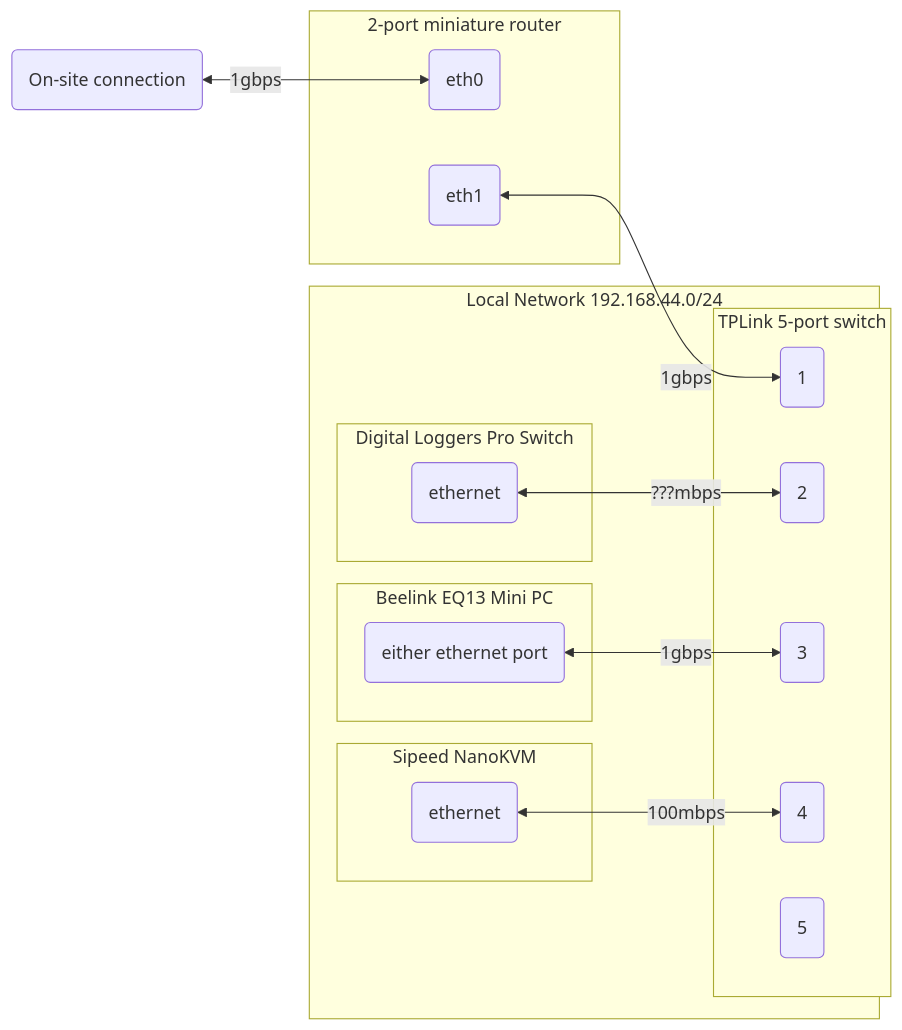
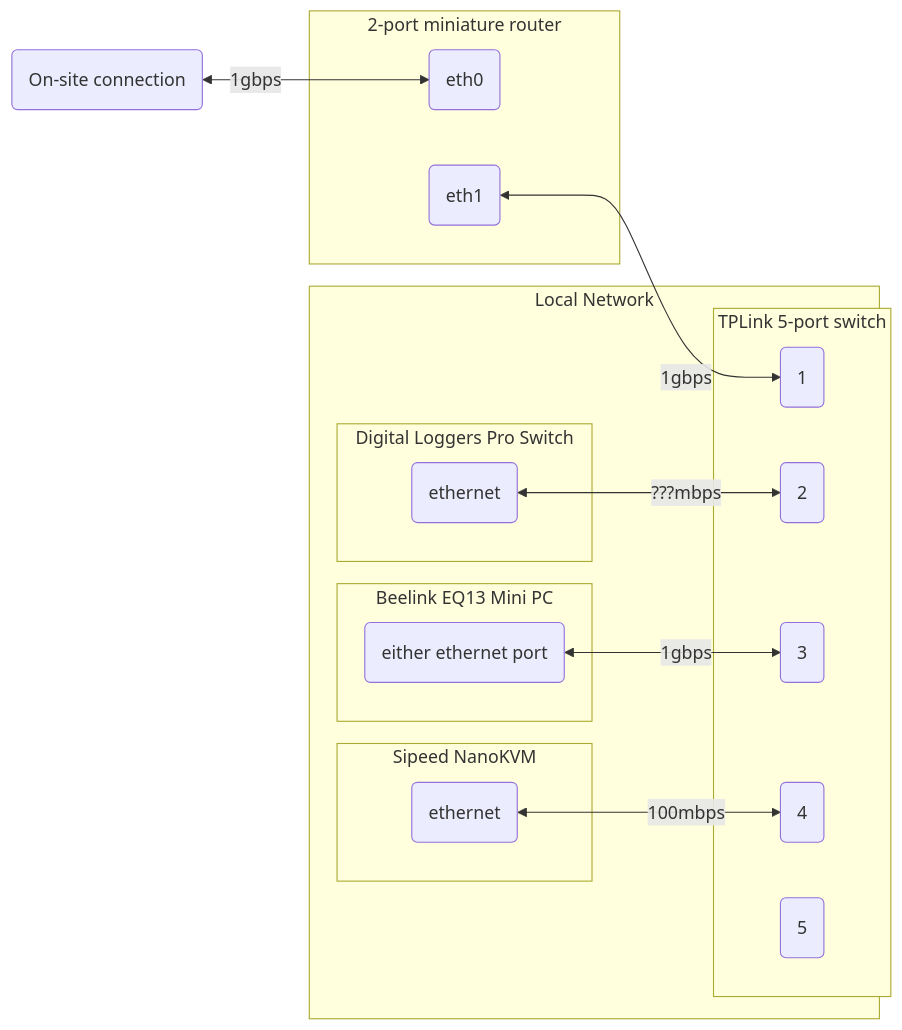
The diagram in src/diagrams/network.md (USA-RedDragon/mercury-remote-observatory), drawn with Mermaid before and after one commit.

Commit message:
network: shorten title to fix layout

````diff
--- a/src/diagrams/network.md
+++ b/src/diagrams/network.md
@@ -3,26 +3,26 @@
 ```mermaid
 graph LR;
     wan(On-site connection)<--1gbps-->router-eth0;
-    subgraph local-network [Local Network 192.168.44.0/24]
+    subgraph local-network [Local Network]
         subgraph switch [TPLink 5-port switch]
             switch-1(1);
             switch-2(2);
             switch-3(3);
             switch-4(4);
             switch-5(5);
         end
         subgraph power-strip [Digital Loggers Pro Switch]
             power-strip-ethernet(ethernet)<--???mbps-->switch-2;
         end
         subgraph pc [Beelink EQ13 Mini PC]
             beelink-ethernet(either ethernet port)<--1gbps-->switch-3;
         end
         subgraph kvm [Sipeed NanoKVM]
             nanokvm-ethernet(ethernet)<--100mbps-->switch-4;
         end
     end
     subgraph router [2-port miniature router]
         router-eth0(eth0);
         router-eth1(eth1)<--1gbps-->switch-1;
     end
 ```
````
